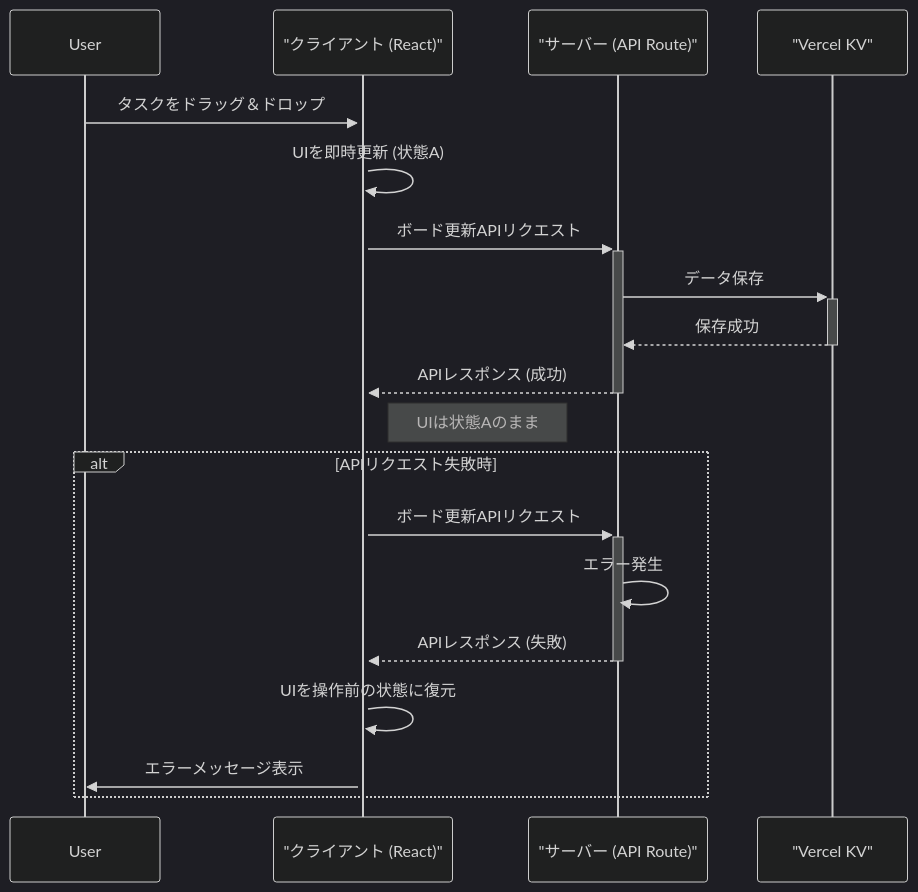
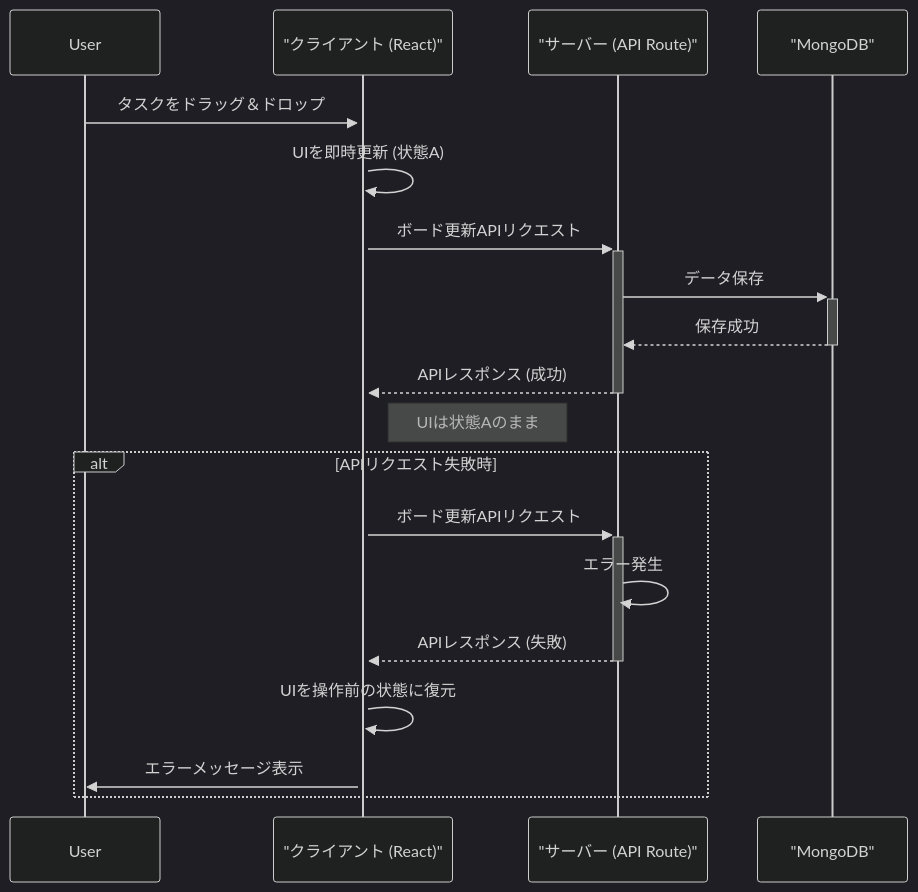
The second of 3 diagrams in README.md (hideaki1979/geminicli_todo), drawn with Mermaid (dark theme) before and after one commit. The commit also changed other lines of this file, not shown here.

````diff
--- a/README.md
+++ b/README.md
@@ -144,23 +139,23 @@
 ```mermaid
 sequenceDiagram
     participant User
     participant Client as "クライアント (React)"
     participant Server as "サーバー (API Route)"
-    participant KV as "Vercel KV"
+    participant DB as "MongoDB"
 
     User->>+Client: タスクをドラッグ＆ドロップ
     Client->>Client: UIを即時更新 (状態A)
     Client->>+Server: ボード更新APIリクエスト
-    Server->>+KV: データ保存
-    KV-->>-Server: 保存成功
+    Server->>+DB: データ保存
+    DB-->>-Server: 保存成功
     Server-->>-Client: APIレスポンス (成功)
     Note right of Client: UIは状態Aのまま
 
     alt APIリクエスト失敗時
         Client->>+Server: ボード更新APIリクエスト
         Server->>Server: エラー発生
         Server-->>-Client: APIレスポンス (失敗)
         Client->>Client: UIを操作前の状態に復元
         Client->>User: エラーメッセージ表示
     end
 ```
````
